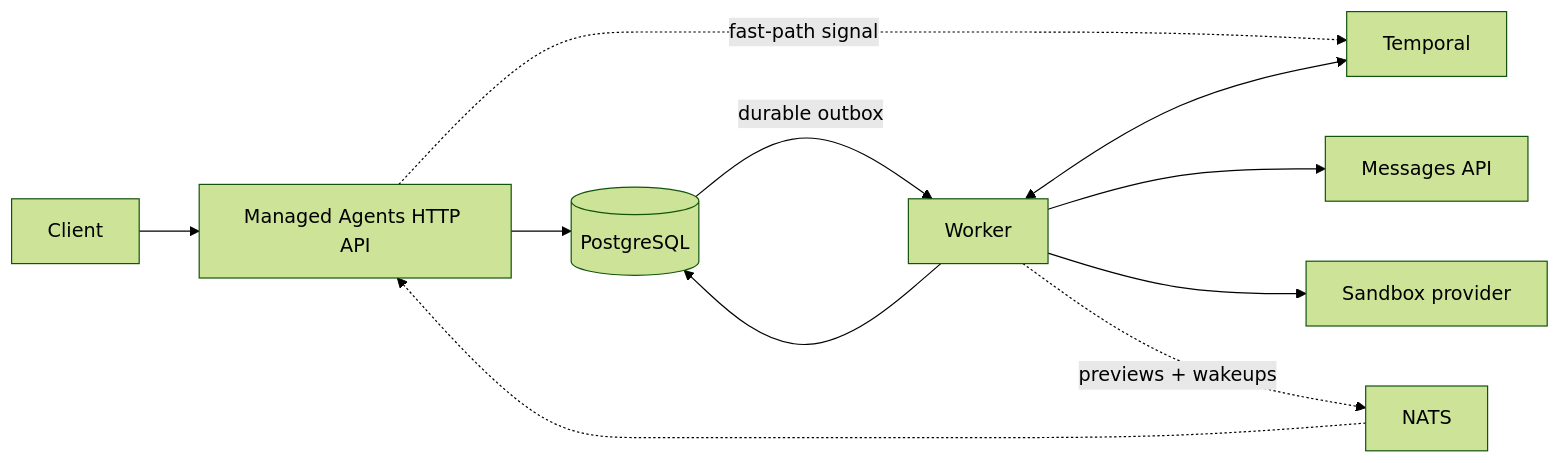
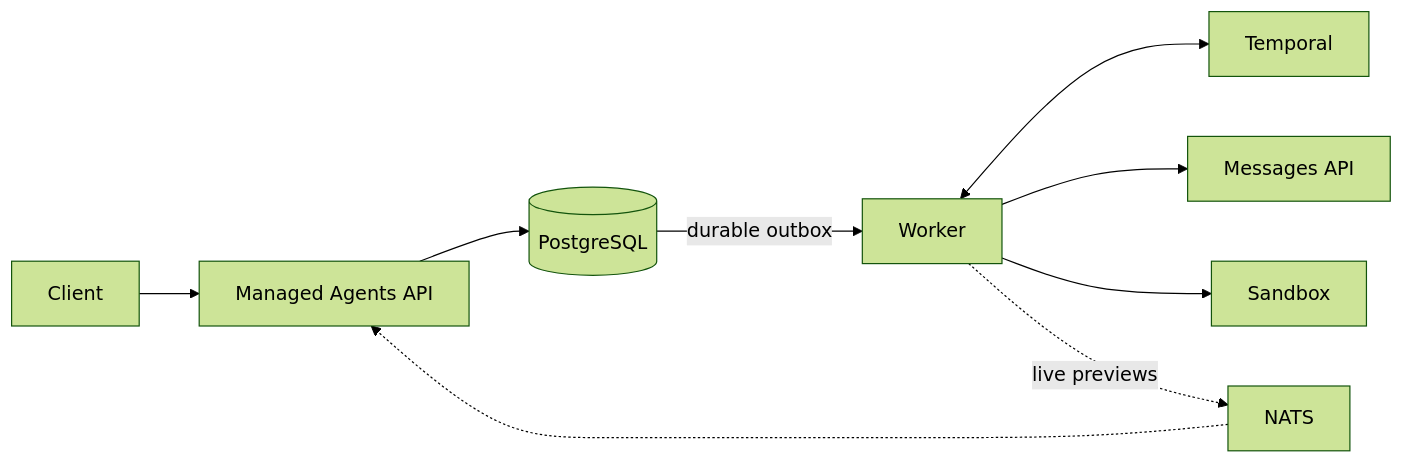
The diagram in README.md (yanpgwang/managed-agent-go), drawn with Mermaid (forest theme) before and after one commit. The commit also changed other lines of this file, not shown here.

````diff
--- a/README.md
+++ b/README.md
@@ -133,13 +43,11 @@
 ```mermaid
 flowchart LR
-  Client --> API["Managed Agents HTTP API"]
+  Client --> API["Managed Agents API"]
   API --> PG[("PostgreSQL")]
-  API -. "fast-path signal" .-> Temporal
   PG -- "durable outbox" --> Worker
   Worker <--> Temporal
-  Worker --> PG
   Worker --> Model["Messages API"]
-  Worker --> Sandbox["Sandbox provider"]
-  Worker -. "previews + wakeups" .-> NATS
+  Worker --> Sandbox
+  Worker -. "live previews" .-> NATS
   NATS -.-> API
 ```
````
